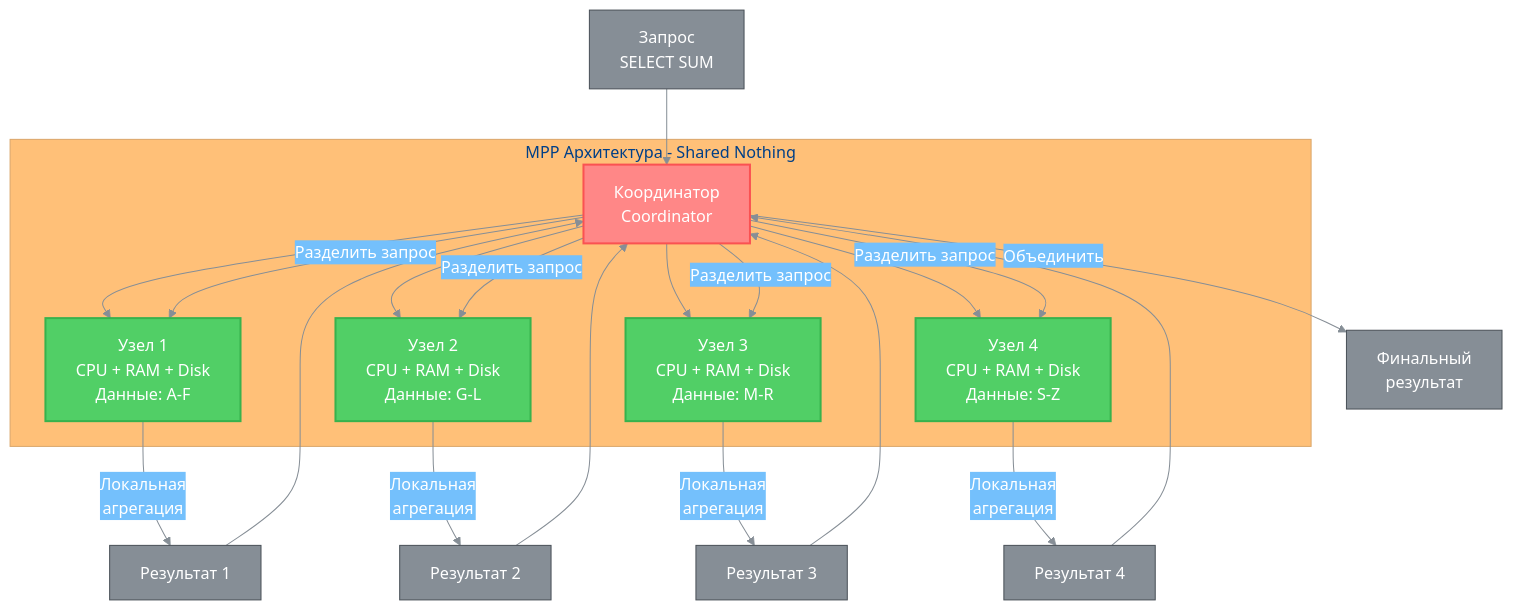
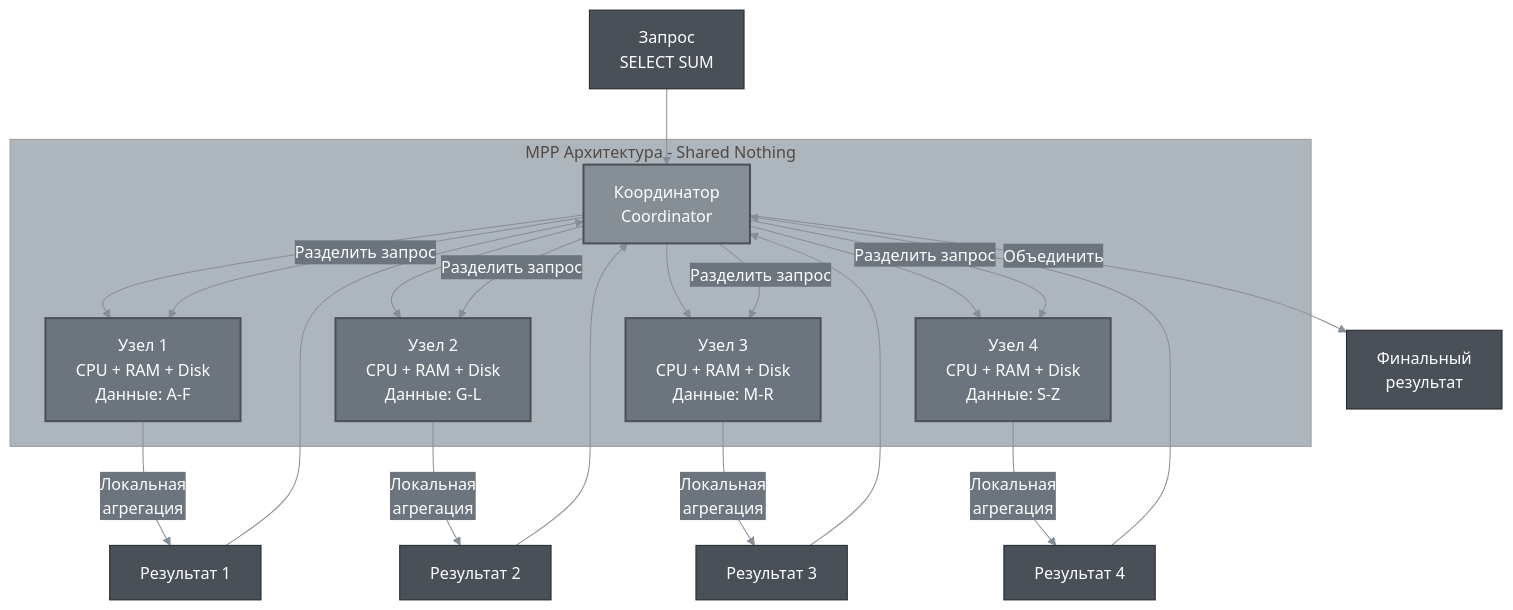
One commit to alx314vo/db_exam changed diagram 15 of 23 in db_exam.md. Above: the diagram before and after it, drawn with Mermaid. The commit also changed other lines of this file, not shown here.

````diff
--- a/db_exam.md
+++ b/db_exam.md
@@ -779,34 +779,34 @@
 ```mermaid
-%%{init: {'theme':'base', 'themeVariables': {'primaryColor':'#868e96','primaryTextColor':'#fff','primaryBorderColor':'#495057','lineColor':'#868e96','secondaryColor':'#74c0fc','tertiaryColor':'#ffc078','background':'#ffffff','textColor':'#212529'}}}%%
+%%{init: {'theme':'base', 'themeVariables': {'primaryColor':'#495057','primaryTextColor':'#fff','primaryBorderColor':'#212529','lineColor':'#868e96','secondaryColor':'#6c757d','tertiaryColor':'#adb5bd','background':'#ffffff','textColor':'#212529'}}}%%
 graph TB
     subgraph "MPP Архитектура - Shared Nothing"
         C[Координатор<br/>Coordinator] --> N1[Узел 1<br/>CPU + RAM + Disk<br/>Данные: A-F]
         C --> N2[Узел 2<br/>CPU + RAM + Disk<br/>Данные: G-L]
         C --> N3[Узел 3<br/>CPU + RAM + Disk<br/>Данные: M-R]
         C --> N4[Узел 4<br/>CPU + RAM + Disk<br/>Данные: S-Z]
     end
     
     Q[Запрос<br/>SELECT SUM] --> C
     C -->|Разделить запрос| N1
     C -->|Разделить запрос| N2
     C -->|Разделить запрос| N3
     C -->|Разделить запрос| N4
     
     N1 -->|Локальная<br/>агрегация| R1[Результат 1]
     N2 -->|Локальная<br/>агрегация| R2[Результат 2]
     N3 -->|Локальная<br/>агрегация| R3[Результат 3]
     N4 -->|Локальная<br/>агрегация| R4[Результат 4]
     
     R1 --> C
     R2 --> C
     R3 --> C
     R4 --> C
     
     C -->|Объединить| F[Финальный<br/>результат]
     
-    style C fill:#ff8787,stroke:#fa5252,stroke-width:2px,color:#fff
-    style N1 fill:#51cf66,stroke:#37b24d,stroke-width:2px,color:#fff
-    style N2 fill:#51cf66,stroke:#37b24d,stroke-width:2px,color:#fff
-    style N3 fill:#51cf66,stroke:#37b24d,stroke-width:2px,color:#fff
-    style N4 fill:#51cf66,stroke:#37b24d,stroke-width:2px,color:#fff
+    style C fill:#868e96,stroke:#495057,stroke-width:2px,color:#fff
+    style N1 fill:#6c757d,stroke:#495057,stroke-width:2px,color:#fff
+    style N2 fill:#6c757d,stroke:#495057,stroke-width:2px,color:#fff
+    style N3 fill:#6c757d,stroke:#495057,stroke-width:2px,color:#fff
+    style N4 fill:#6c757d,stroke:#495057,stroke-width:2px,color:#fff
 ```
````
